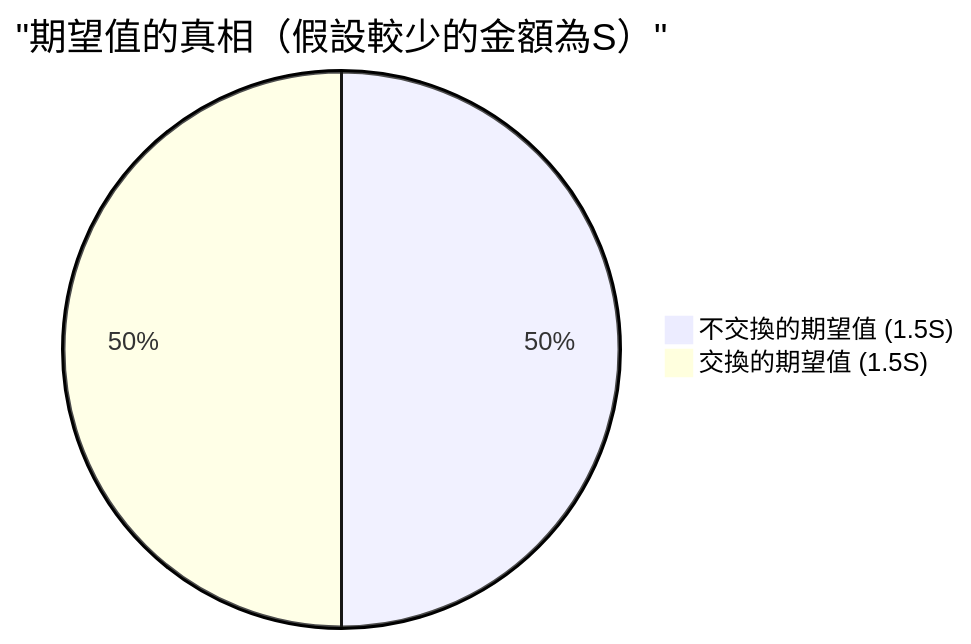
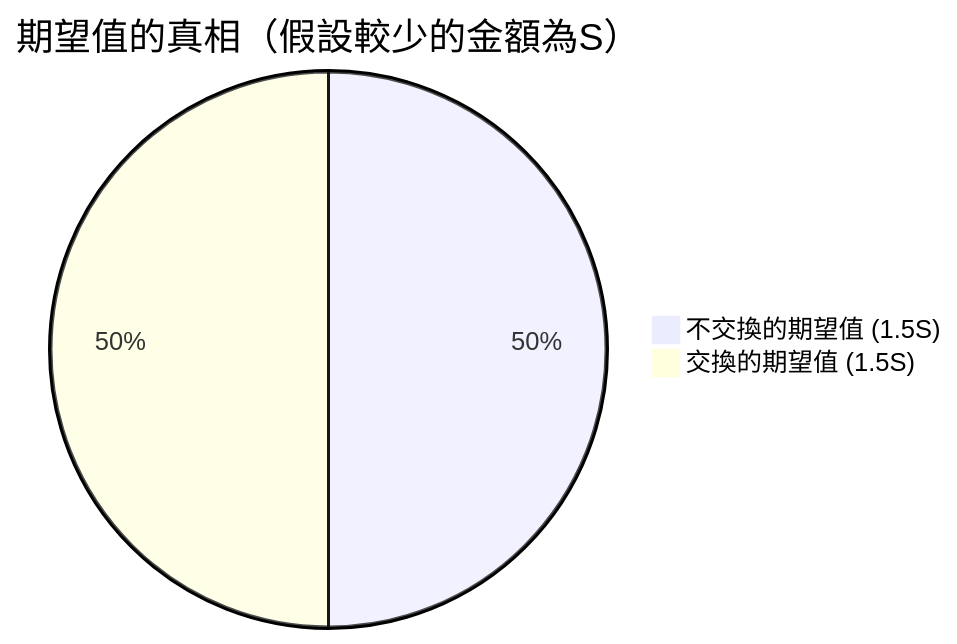
One commit to kenjinote/blog changed the second of 2 diagrams in content/post/2つの封筒のパラドックス/index.zh-tw.md. Above: the diagram before and after it, drawn with Mermaid. The commit also changed other lines of this file and 703 other files, not shown here.

Commit message:
Fix: Remove quotes from Mermaid link texts and timeline definitions to support Mermaid 11.4.1

````diff
--- a/content/post/2つの封筒のパラドックス/index.zh-tw.md
+++ b/content/post/2つの封筒のパラドックス/index.zh-tw.md
@@ -113,5 +113,5 @@
 ```mermaid
-pie title "期望值的真相（假設較少的金額為S）"
+pie title 期望值的真相（假設較少的金額為S）
     "不交換的期望值 (1.5S)" : 50
     "交換的期望值 (1.5S)" : 50
 ```
````
